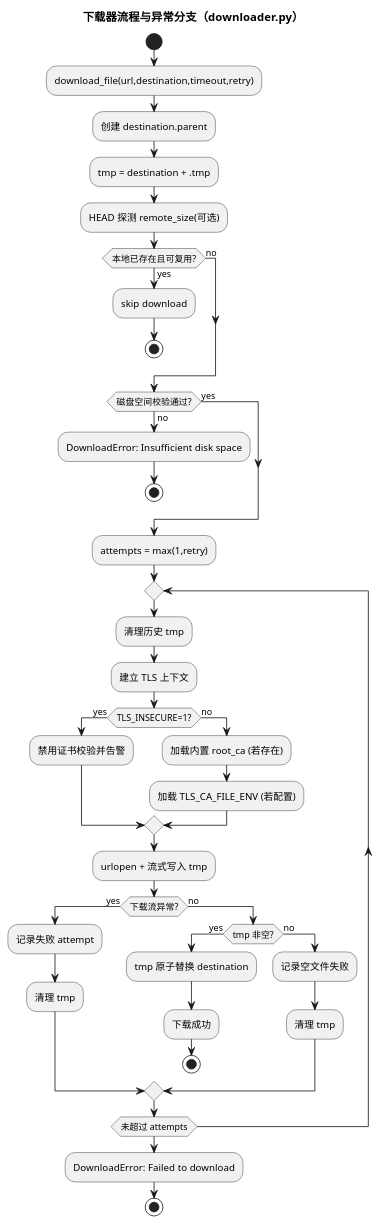
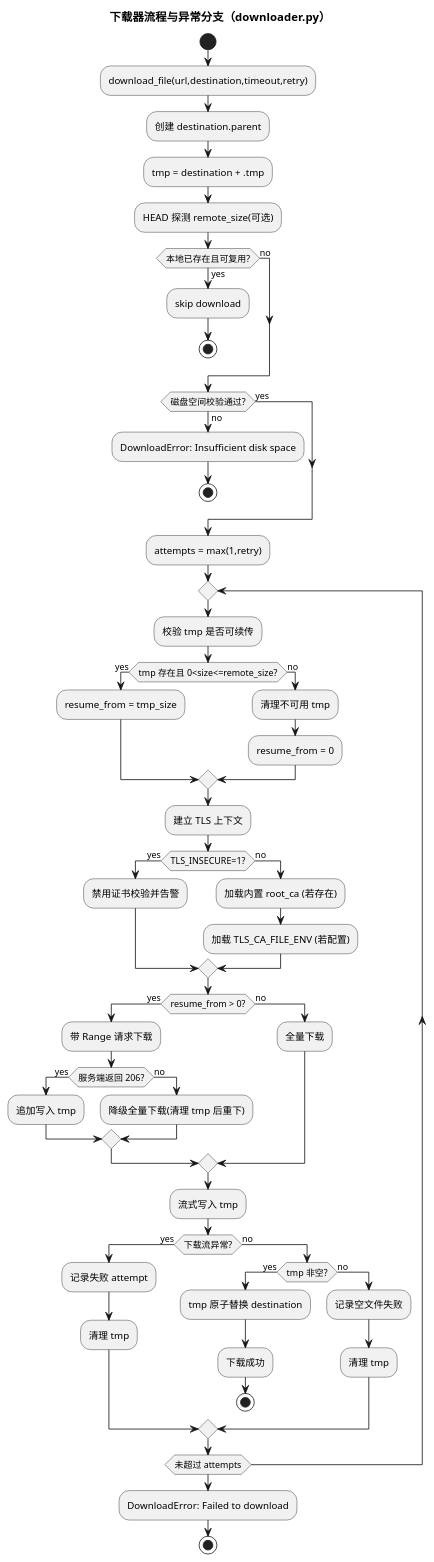
Before and after one commit to F350150/package: the sixth of 8 diagrams in docs/ARCHITECTURE_DESIGN.md, drawn with PlantUML. The commit also changed other lines of this file and 36 other files, not shown here.

Commit message:
feat: harden installer lock/retry flow and refresh e2e docs

````diff
--- a/docs/ARCHITECTURE_DESIGN.md
+++ b/docs/ARCHITECTURE_DESIGN.md
@@ -717,61 +471,77 @@
 ```plantuml
 @startuml
 
 title 下载器流程与异常分支（downloader.py）
 
 ' 说明：
 ' 该流程仅在“本地文件缺失或空文件”时触发。
-' 本地命中分支在 installers.ensure_local_or_download 中处理。
+' 本地命中分支在 installer/utils.ensure_local_or_download 中处理。
 
 start
 :download_file(url,destination,timeout,retry);
 :创建 destination.parent;
 :tmp = destination + .tmp;
 :HEAD 探测 remote_size(可选);
 
 if (本地已存在且可复用?) then (yes)
   :skip download;
   stop
 else (no)
 endif
 
 if (磁盘空间校验通过?) then (yes)
 else (no)
   :DownloadError: Insufficient disk space;
   stop
 endif
 
 :attempts = max(1,retry);
 
 repeat
-  :清理历史 tmp;
+  :校验 tmp 是否可续传;
+  if (tmp 存在且 0<size<=remote_size?) then (yes)
+    :resume_from = tmp_size;
+  else (no)
+    :清理不可用 tmp;
+    :resume_from = 0;
+  endif
   :建立 TLS 上下文;
   if (TLS_INSECURE=1?) then (yes)
     :禁用证书校验并告警;
   else (no)
     :加载内置 root_ca (若存在);
     :加载 TLS_CA_FILE_ENV (若配置);
   endif
 
-  :urlopen + 流式写入 tmp;
+  if (resume_from > 0?) then (yes)
+    :带 Range 请求下载;
+    if (服务端返回 206?) then (yes)
+      :追加写入 tmp;
+    else (no)
+      :降级全量下载(清理 tmp 后重下);
+    endif
+  else (no)
+    :全量下载;
+  endif
+  :流式写入 tmp;
   if (下载流异常?) then (yes)
     :记录失败 attempt;
     :清理 tmp;
   else (no)
     if (tmp 非空?) then (yes)
       :tmp 原子替换 destination;
       :下载成功;
       stop
     else (no)
       :记录空文件失败;
       :清理 tmp;
     endif
   endif
 repeat while (未超过 attempts)
 
 :DownloadError: Failed to download;
 stop
 
 @enduml
 
 ```
````
